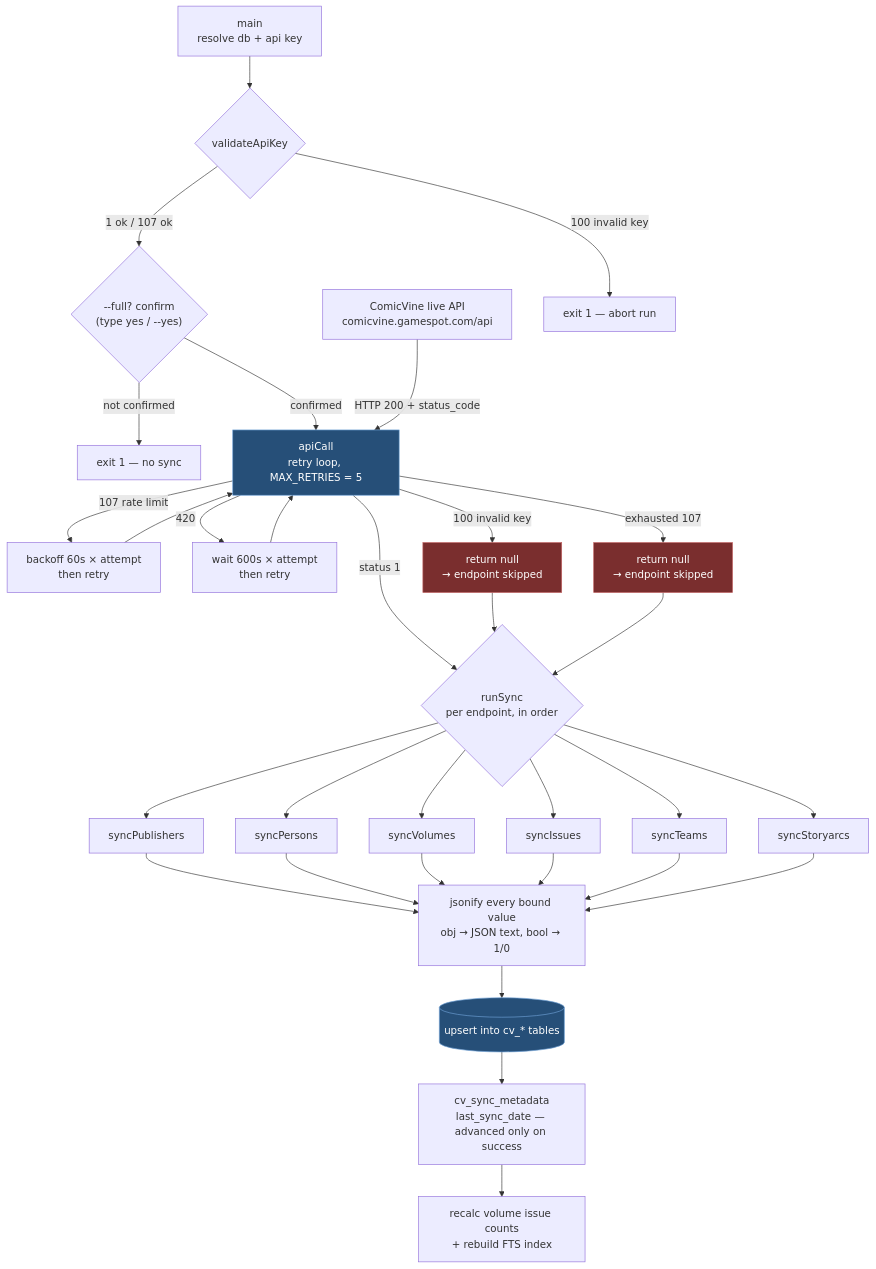
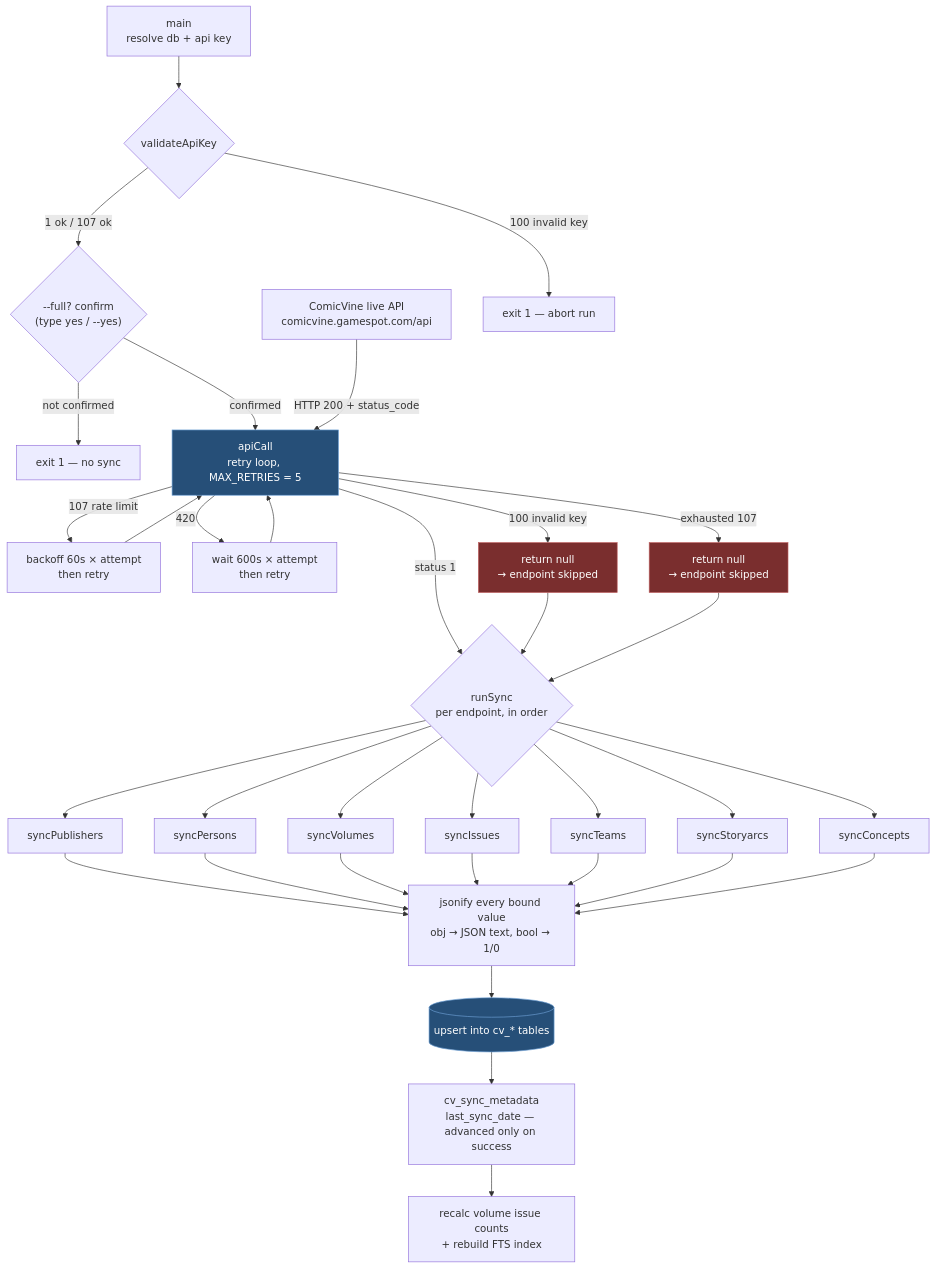
One commit to javabits-github/local-comicvine-api changed the second of 3 diagrams in docs/architecture.md. Above: the diagram before and after it, drawn with Mermaid. The commit also changed other lines of this file and 6 other files, not shown here.

````diff
--- a/docs/architecture.md
+++ b/docs/architecture.md
@@ -57,43 +58,44 @@
 ```mermaid
 flowchart TB
     CV[ComicVine live API<br/>comicvine.gamespot.com/api]
     START[main<br/>resolve db + api key]
     VAL{validateApiKey}
     FULL{"--full? confirm<br/>(type yes / --yes)"}
 
     START --> VAL
     VAL -->|100 invalid key| EXIT1[exit 1 — abort run]
     VAL -->|1 ok / 107 ok| FULL
     FULL -->|not confirmed| EXIT2[exit 1 — no sync]
     FULL -->|confirmed| AC
 
     CV -->|HTTP 200 + status_code| AC[apiCall<br/>retry loop, MAX_RETRIES = 5]
     AC -->|107 rate limit| W[backoff 60s × attempt<br/>then retry]
     W --> AC
     AC -->|420| W4[wait 600s × attempt<br/>then retry]
     W4 --> AC
     AC -->|100 invalid key| N1[return null<br/>→ endpoint skipped]
     AC -->|exhausted 107| N2[return null<br/>→ endpoint skipped]
     AC -->|status 1| SYNC
 
     SYNC{"runSync<br/>per endpoint, in order"}
     N1 --> SYNC
     N2 --> SYNC
 
     SYNC --> SP[syncPublishers]
     SYNC --> SP2[syncPersons]
     SYNC --> SV[syncVolumes]
     SYNC --> SI[syncIssues]
     SYNC --> ST[syncTeams]
     SYNC --> SA[syncStoryarcs]
+    SYNC --> SC[syncConcepts]
 
-    SP & SP2 & SV & SI & ST & SA --> J["jsonify every bound value<br/>obj → JSON text, bool → 1/0"]
+    SP & SP2 & SV & SI & ST & SA & SC --> J["jsonify every bound value<br/>obj → JSON text, bool → 1/0"]
     J --> U[(upsert into cv_* tables)]
     U --> M[cv_sync_metadata<br/>last_sync_date — advanced only on success]
     M --> POST[recalc volume issue counts<br/>+ rebuild FTS index]
 
     style AC fill:#264f78,stroke:#6ea1d6,color:#fff
     style U fill:#264f78,stroke:#6ea1d6,color:#fff
     style N1 fill:#7a2e2e,stroke:#c06060,color:#fff
     style N2 fill:#7a2e2e,stroke:#c06060,color:#fff
 ```
````
